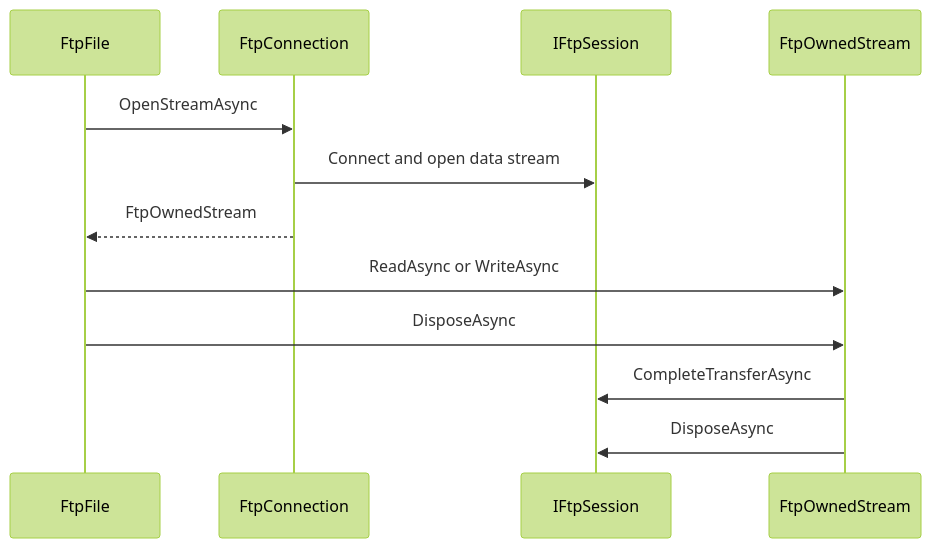
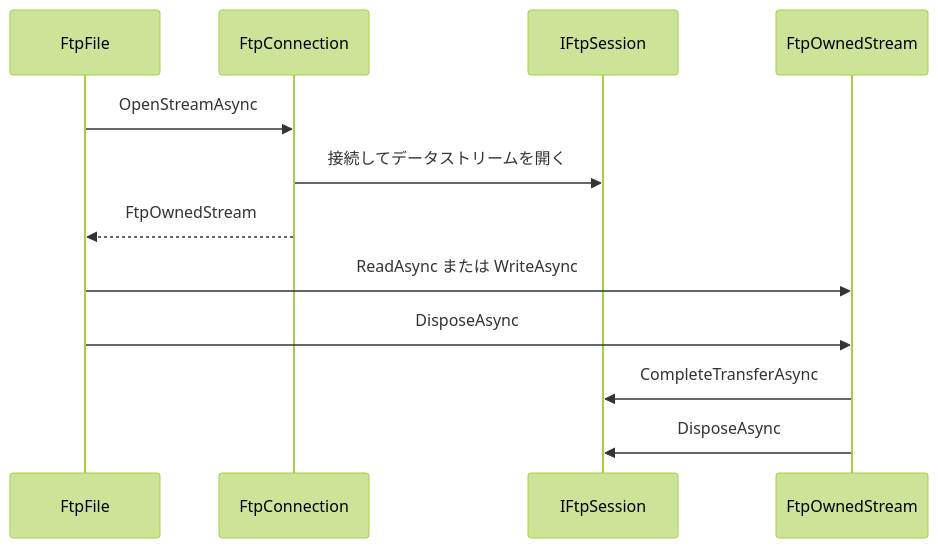
One commit to 0x5bfa/Files changed the fourth of 4 diagrams in docs/architecture/ftp-storage.md. Above: the diagram before and after it, drawn with Mermaid (forest theme). The commit also changed other lines of this file and 18 other files, not shown here.

Commit message:
Translate architecture docs to Japanese

````diff
--- a/docs/architecture/ftp-storage.md
+++ b/docs/architecture/ftp-storage.md
@@ -138,15 +135,15 @@
 ```mermaid
 sequenceDiagram
     participant File as FtpFile
     participant Connection as FtpConnection
     participant Session as IFtpSession
     participant Stream as FtpOwnedStream
 
     File->>Connection: OpenStreamAsync
-    Connection->>Session: Connect and open data stream
+    Connection->>Session: 接続してデータストリームを開く
     Connection-->>File: FtpOwnedStream
-    File->>Stream: ReadAsync or WriteAsync
+    File->>Stream: ReadAsync または WriteAsync
     File->>Stream: DisposeAsync
     Stream->>Session: CompleteTransferAsync
     Stream->>Session: DisposeAsync
 ```
````
